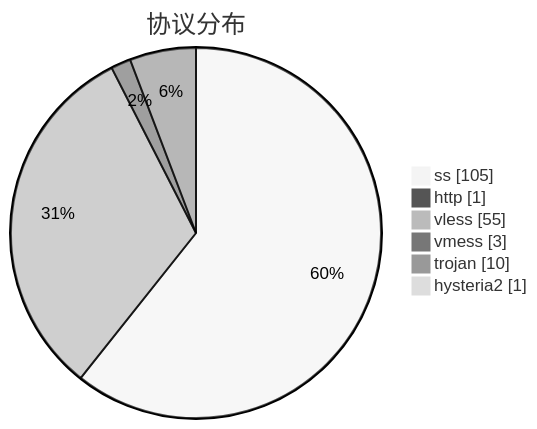
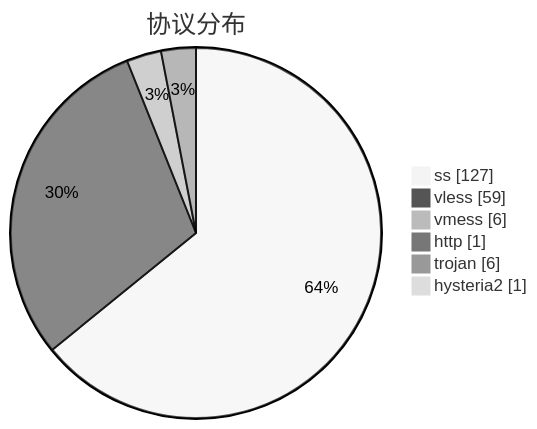
The third of 3 diagrams in subs/statistics/tested_within.md (qjlxg/airport), drawn with Mermaid (neutral theme) before and after one commit. The commit also changed other lines of this file and 2 other files, not shown here.

````diff
--- a/subs/statistics/tested_within.md
+++ b/subs/statistics/tested_within.md
@@ -28,10 +25,10 @@
 ```mermaid
 pie showData
 title 协议分布
-"ss" : 105
+"ss" : 127
+"vless" : 59
+"vmess" : 6
 "http" : 1
-"vless" : 55
-"vmess" : 3
-"trojan" : 10
+"trojan" : 6
 "hysteria2" : 1
 ```
````
